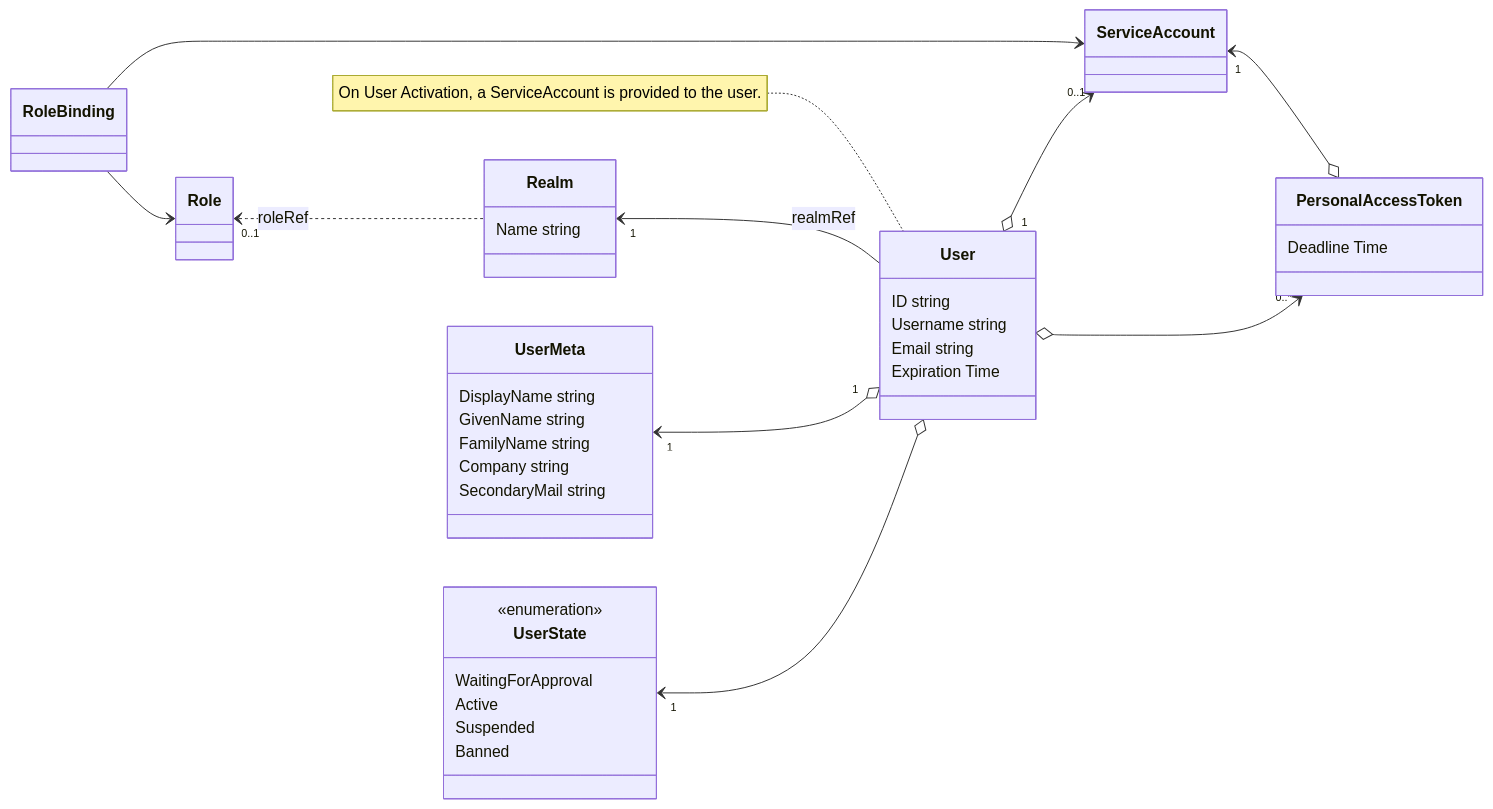
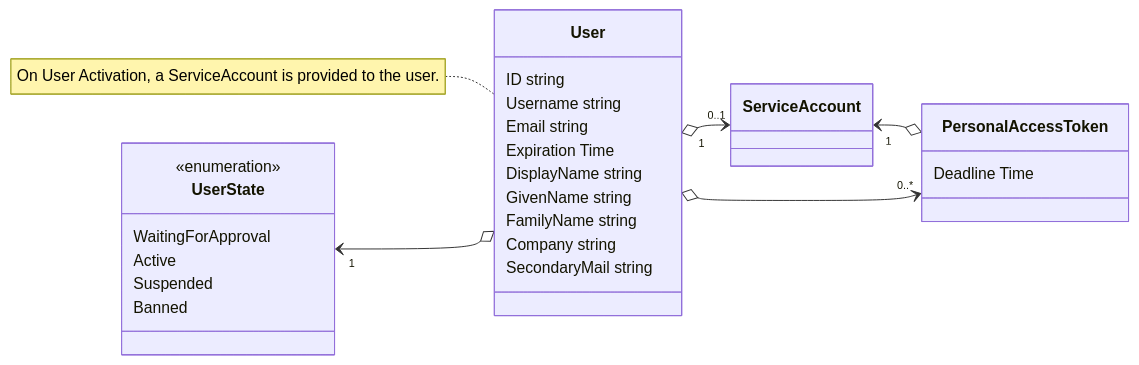
The diagram in README.md (filariow/kim), drawn with Mermaid before and after one commit.

````diff
--- a/README.md
+++ b/README.md
@@ -7,47 +7,34 @@
 ```mermaid
 classDiagram
   direction LR
 
-  class UserMeta
   class User
-  class Realm
   class UserState
   class PersonalAccessToken
 
   class ServiceAccount
-  class Role
-  class RoleBinding
 
   User : ID string
   User : Username string
   User : Email string
   User : Expiration Time
-
-  Realm : Name string
-  Realm "1" <-- User : realmRef
-  Role "0..1" <.. Realm : roleRef
-
-  UserMeta "1" <--o "1" User
-  UserMeta : DisplayName string
-  UserMeta : GivenName string
-  UserMeta : FamilyName string
-  UserMeta : Company string
-  UserMeta : SecondaryMail string
+  User : DisplayName string
+  User : GivenName string
+  User : FamilyName string
+  User : Company string
+  User : SecondaryMail string
 
   <<enumeration>> UserState
   UserState : WaitingForApproval
   UserState : Active
   UserState : Suspended
   UserState : Banned
   UserState "1" <--o User
 
-  RoleBinding --> ServiceAccount
-  RoleBinding --> Role
-
   note for User "On User Activation, a ServiceAccount is provided to the user."
   ServiceAccount "1" <--o PersonalAccessToken
   User "1" o--> "0..1" ServiceAccount
 
   PersonalAccessToken : Deadline Time
   User o--> "0..*" PersonalAccessToken
 ```
````
